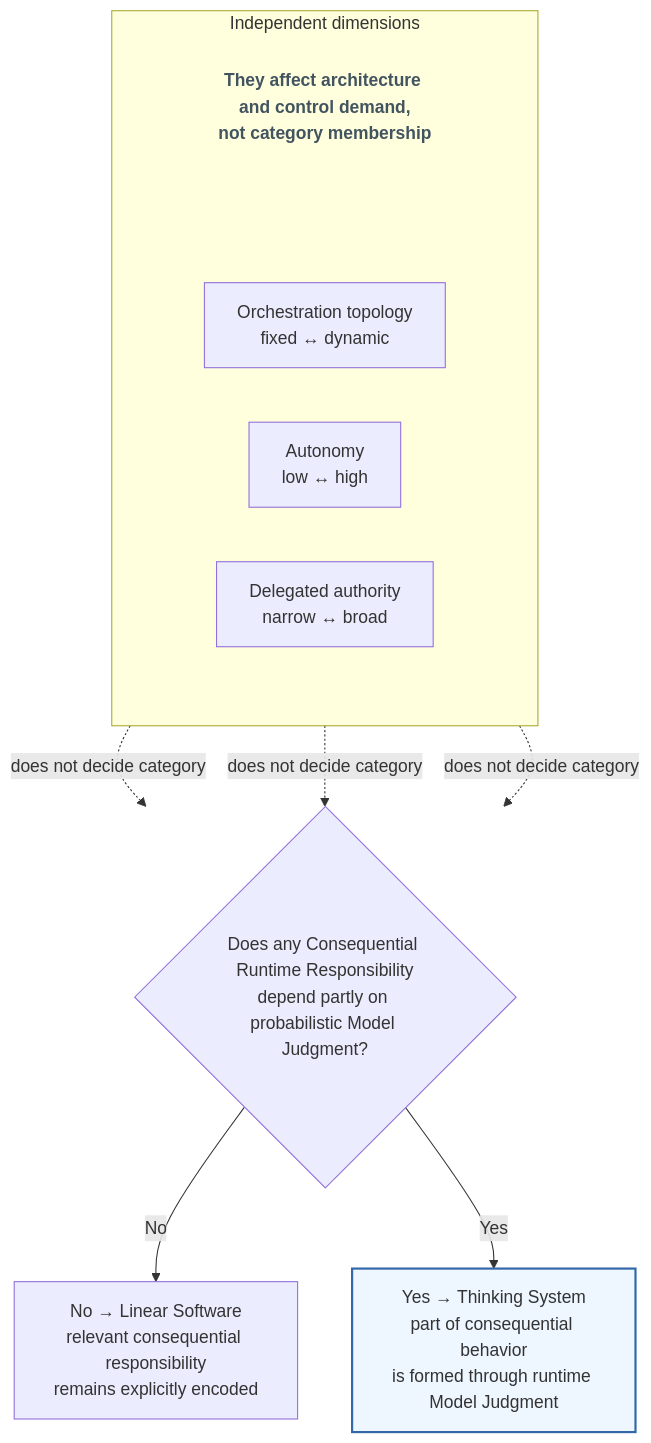
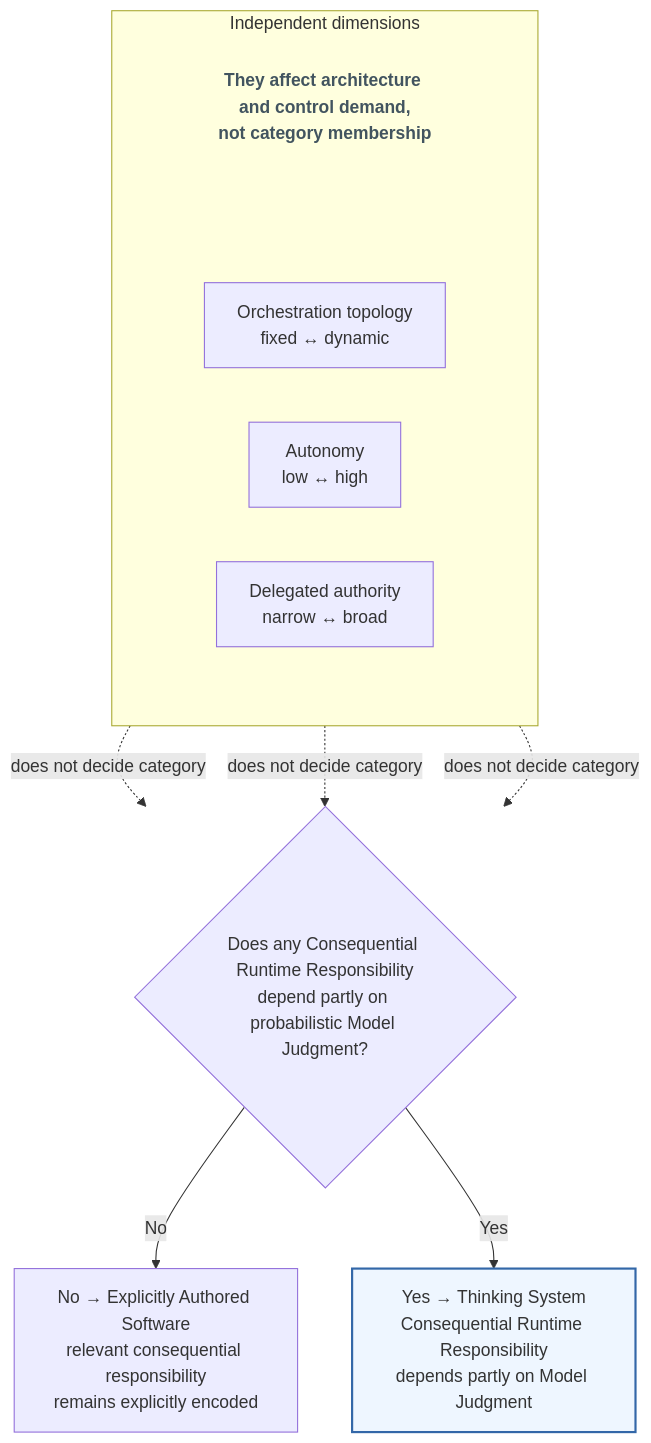
Before and after one commit to UncertaintyArchitectureGroup/uncertainty-architecture: the second of 8 diagrams in content/research/notes/thinking-systems-publication-draft.md, drawn with Mermaid. The commit also changed other lines of this file and 17 other files, not shown here.

````diff
--- a/content/research/notes/thinking-systems-publication-draft.md
+++ b/content/research/notes/thinking-systems-publication-draft.md
@@ -108,30 +110,30 @@
 ```mermaid
 flowchart TB
     subgraph I["Independent dimensions"]
         direction TB
         IN["They affect architecture and control demand,<br/>not category membership"]
         subgraph R[" "]
             direction LR
             O["Orchestration topology<br/>fixed ↔ dynamic"]
             A["Autonomy<br/>low ↔ high"]
             D["Delegated authority<br/>narrow ↔ broad"]
         end
     end
 
     Q{"Does any Consequential Runtime Responsibility<br/>depend partly on probabilistic Model Judgment?"}
-    L["No → Linear Software<br/>relevant consequential responsibility<br/>remains explicitly encoded"]
-    T["Yes → Thinking System<br/>part of consequential behavior<br/>is formed through runtime Model Judgment"]
+    L["No → Explicitly Authored Software<br/>relevant consequential responsibility<br/>remains explicitly encoded"]
+    T["Yes → Thinking System<br/>Consequential Runtime Responsibility<br/>depends partly on Model Judgment"]
 
     IN ~~~ A
     O -. does not decide category .-> Q
     A -. does not decide category .-> Q
     D -. does not decide category .-> Q
     Q -->|No| L
     Q -->|Yes| T
 
     classDef thinking fill:#eef6ff,stroke:#3367a8,stroke-width:2px;
     classDef dimensionNote fill:transparent,stroke:transparent,color:#42545f,font-weight:600;
     class IN dimensionNote;
     style R fill:transparent,stroke:transparent
     class T thinking;
 ```
````
